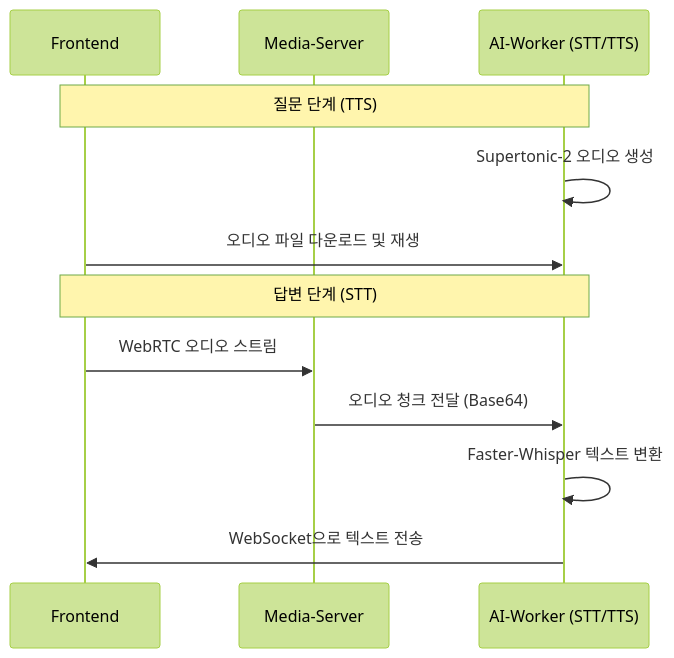
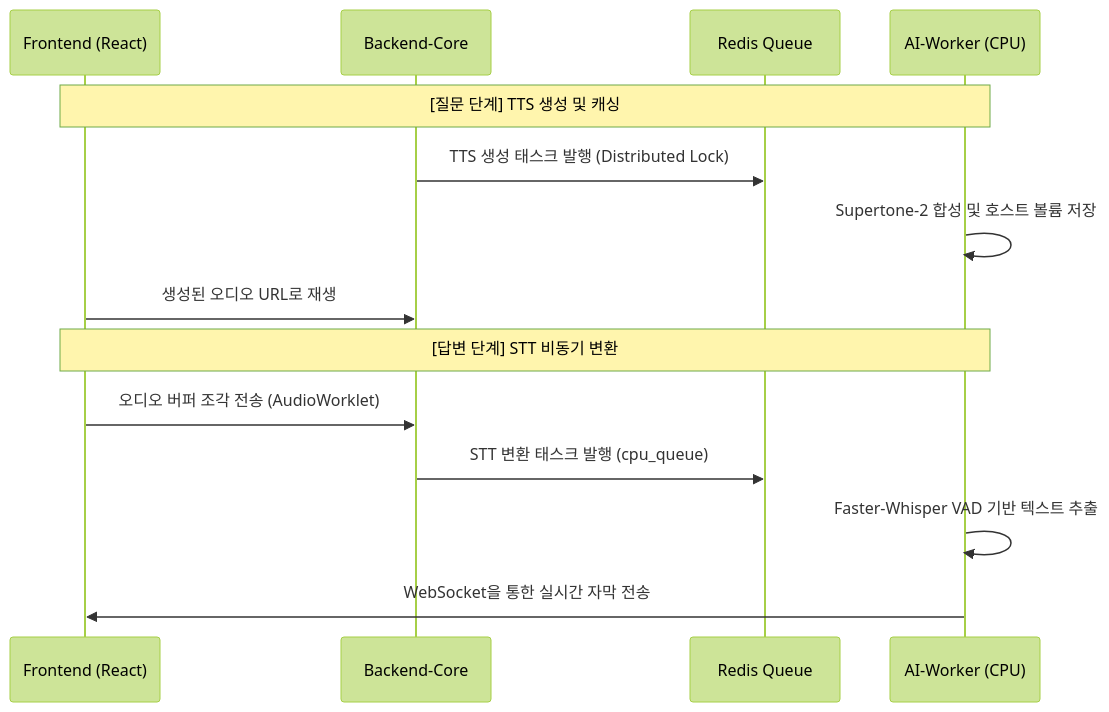
One commit to jaemin1020/Big20_aI_interview_project changed the diagram in docs/readmelist/STT_TTS_GUIDE.md. Above: the diagram before and after it, drawn with Mermaid (forest theme). The commit also changed other lines of this file and 8 other files, not shown here.

````diff
--- a/docs/readmelist/STT_TTS_GUIDE.md
+++ b/docs/readmelist/STT_TTS_GUIDE.md
@@ -34,16 +31,18 @@
 ```mermaid
 sequenceDiagram
-    participant FE as Frontend
-    participant MS as Media-Server
-    participant AW as AI-Worker (STT/TTS)
+    participant FE as Frontend (React)
+    participant Core as Backend-Core
+    participant Redis as Redis Queue
+    participant AW as AI-Worker (CPU)
     
-    Note over FE, AW: 질문 단계 (TTS)
-    AW->>AW: Supertonic-2 오디오 생성
-    FE->>AW: 오디오 파일 다운로드 및 재생
+    Note over FE, AW: [질문 단계] TTS 생성 및 캐싱
+    Core->>Redis: TTS 생성 태스크 발행 (Distributed Lock)
+    AW->>AW: Supertone-2 합성 및 호스트 볼륨 저장
+    FE->>Core: 생성된 오디오 URL로 재생
     
-    Note over FE, AW: 답변 단계 (STT)
-    FE->>MS: WebRTC 오디오 스트림
-    MS->>AW: 오디오 청크 전달 (Base64)
-    AW->>AW: Faster-Whisper 텍스트 변환
-    AW->>FE: WebSocket으로 텍스트 전송
+    Note over FE, AW: [답변 단계] STT 비동기 변환
+    FE->>Core: 오디오 버퍼 조각 전송 (AudioWorklet)
+    Core->>Redis: STT 변환 태스크 발행 (cpu_queue)
+    AW->>AW: Faster-Whisper VAD 기반 텍스트 추출
+    AW->>FE: WebSocket을 통한 실시간 자막 전송
 ```
````
